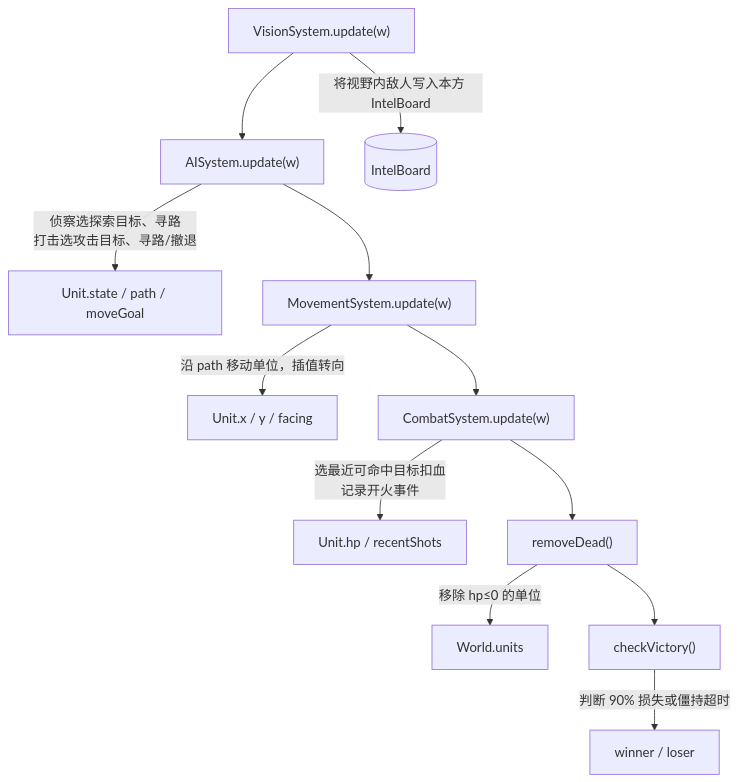
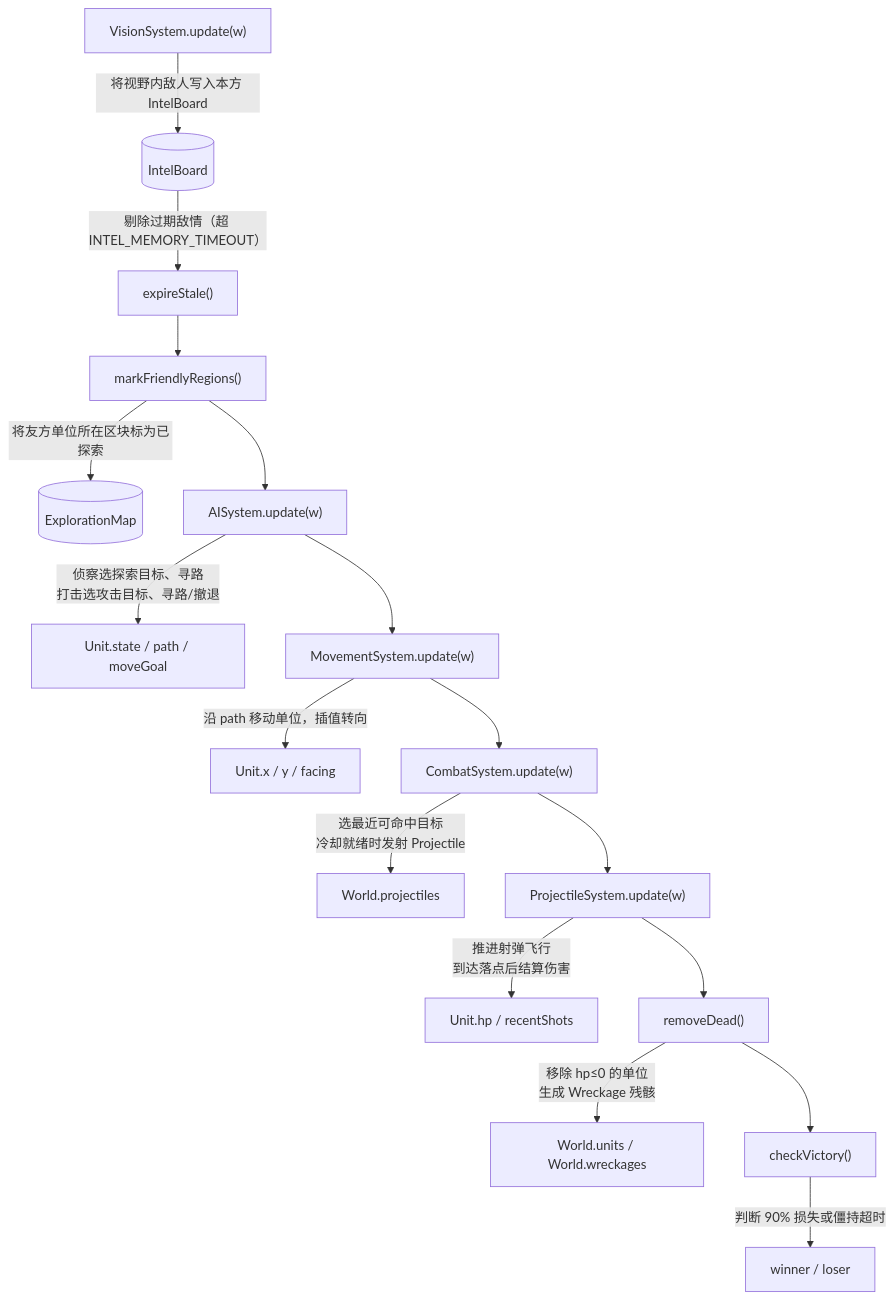
Before and after one commit to Arctitico/GDUWS: the sixth of 11 diagrams in docs/概要设计说明书.md, drawn with Mermaid. The commit also changed other lines of this file and 14 other files, not shown here.

````diff
--- a/docs/概要设计说明书.md
+++ b/docs/概要设计说明书.md
@@ -258,14 +275,19 @@
 ```mermaid
 flowchart TD
-    A["VisionSystem.update(w)"] --> B["AISystem.update(w)"]
-    A -->|"将视野内敌人写入本方 IntelBoard"| A1[("IntelBoard")]
+    A["VisionSystem.update(w)"] -->|"将视野内敌人写入本方 IntelBoard"| A1[("IntelBoard")]
+    A1 -->|"剔除过期敌情（超 INTEL_MEMORY_TIMEOUT）"| A2["expireStale()"]
+    A2 --> B0["markFriendlyRegions()"]
+    B0 -->|"将友方单位所在区块标为已探索"| B0a[("ExplorationMap")]
+    B0 --> B["AISystem.update(w)"]
     B -->|"侦察选探索目标、寻路\n打击选攻击目标、寻路/撤退"| B1["Unit.state / path / moveGoal"]
     B --> C["MovementSystem.update(w)"]
     C -->|"沿 path 移动单位，插值转向"| C1["Unit.x / y / facing"]
     C --> D["CombatSystem.update(w)"]
-    D -->|"选最近可命中目标扣血\n记录开火事件"| D1["Unit.hp / recentShots"]
-    D --> E["removeDead()"]
-    E -->|"移除 hp≤0 的单位"| E1["World.units"]
-    E --> F["checkVictory()"]
-    F -->|"判断 90% 损失或僵持超时"| F1["winner / loser"]
+    D -->|"选最近可命中目标\n冷却就绪时发射 Projectile"| D1["World.projectiles"]
+    D --> E["ProjectileSystem.update(w)"]
+    E -->|"推进射弹飞行\n到达落点后结算伤害"| E1["Unit.hp / recentShots"]
+    E --> F["removeDead()"]
+    F -->|"移除 hp≤0 的单位\n生成 Wreckage 残骸"| F1["World.units / World.wreckages"]
+    F --> G["checkVictory()"]
+    G -->|"判断 90% 损失或僵持超时"| G1["winner / loser"]
 ```
````
